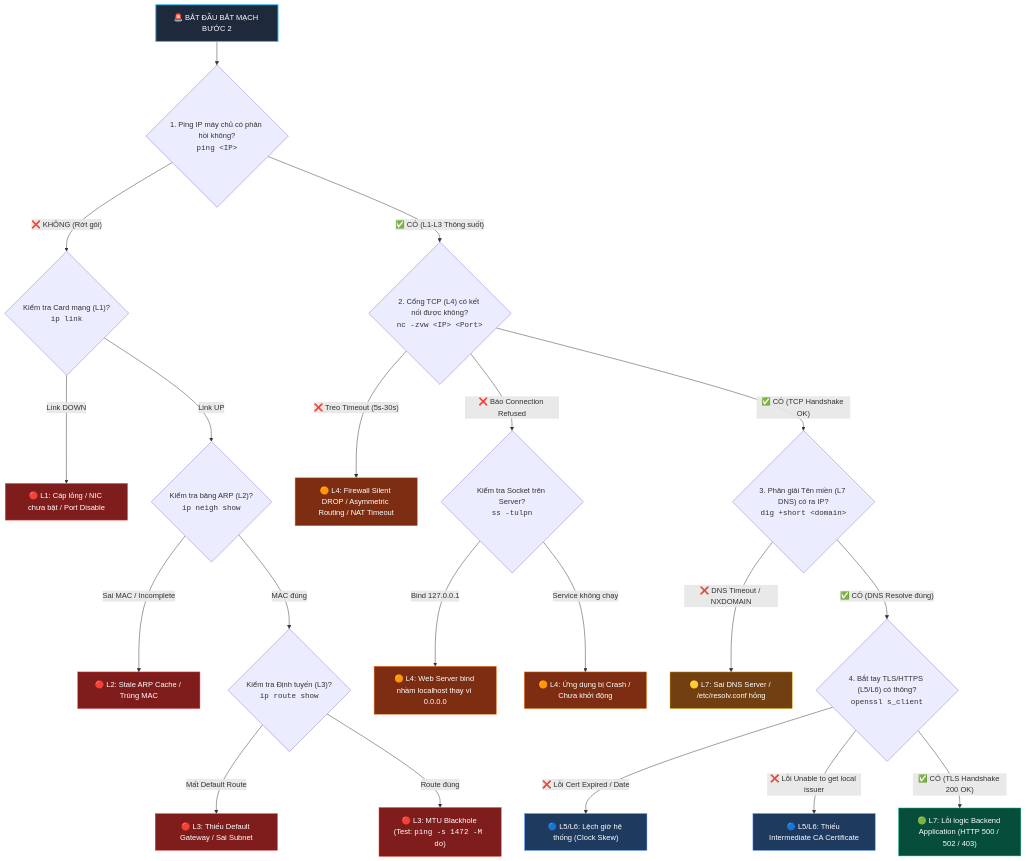
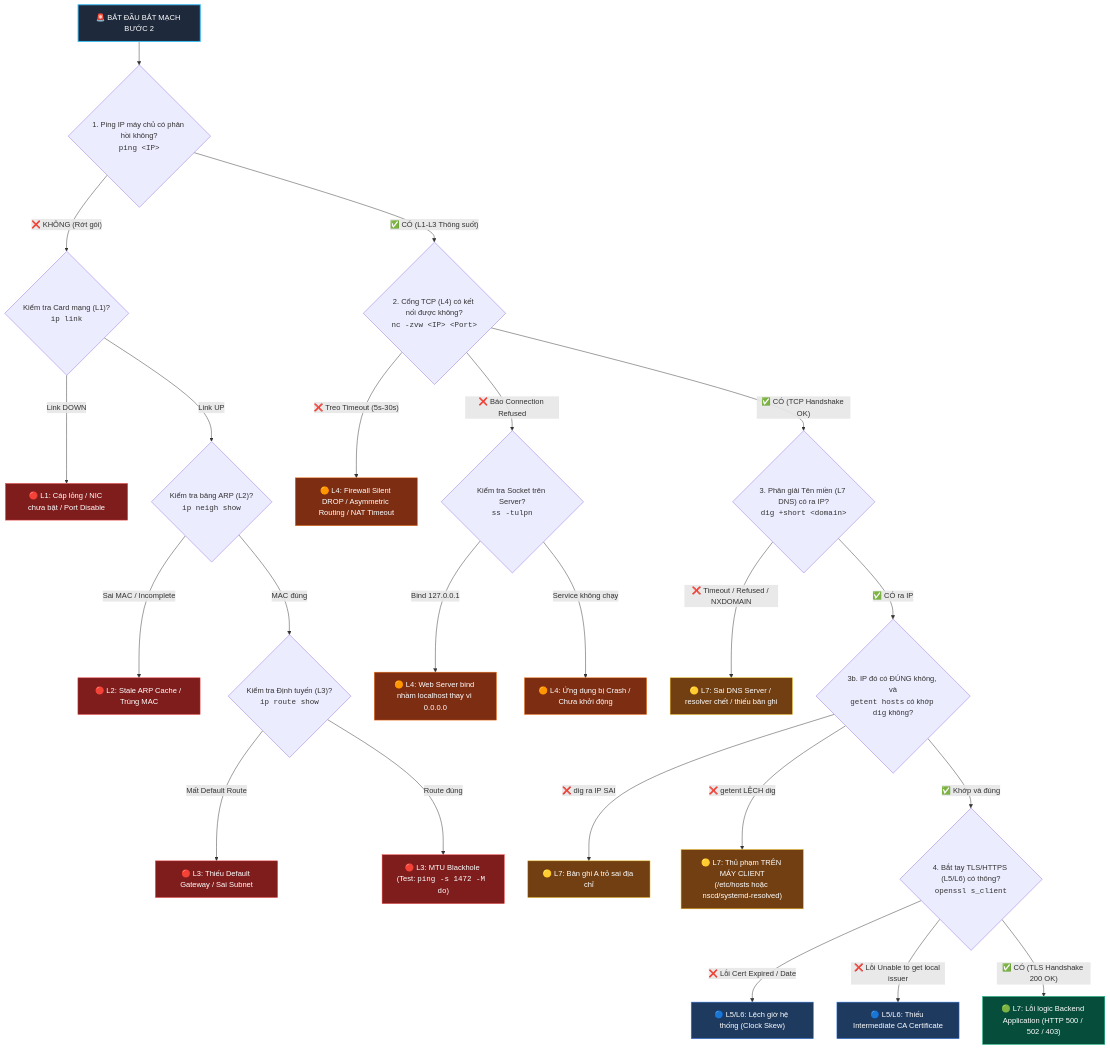
The second of 2 diagrams in network-bat-benh/quy-trinh-bat-benh.md (thangphan205/network-thuc-chien), drawn with Mermaid before and after one commit. The commit also changed other lines of this file and 31 other files, not shown here.

````diff
--- a/network-bat-benh/quy-trinh-bat-benh.md
+++ b/network-bat-benh/quy-trinh-bat-benh.md
@@ -62,46 +62,51 @@
 ```mermaid
 flowchart TD
     START["🚨 BẮT ĐẦU BẮT MẠCH BƯỚC 2"] --> Q1{"1. Ping IP máy chủ có phản hồi không?<br><code>ping &lt;IP&gt;</code>"}
 
     %% NHÁNH PING THẤT BẠI (LỖI NỬA DƯỚI: L1 - L3)
     Q1 -->|"❌ KHÔNG (Rớt gói)"| L1_CHECK{"Kiểm tra Card mạng (L1)?<br><code>ip link</code>"}
     L1_CHECK -->|"Link DOWN"| FIX_L1["🔴 L1: Cáp lỏng / NIC chưa bật / Port Disable"]
     L1_CHECK -->|"Link UP"| L2_CHECK{"Kiểm tra bảng ARP (L2)?<br><code>ip neigh show</code>"}
     
     L2_CHECK -->|"Sai MAC / Incomplete"| FIX_L2["🔴 L2: Stale ARP Cache / Trùng MAC"]
     L2_CHECK -->|"MAC đúng"| L3_CHECK{"Kiểm tra Định tuyến (L3)?<br><code>ip route show</code>"}
     
     L3_CHECK -->|"Mất Default Route"| FIX_L3_GW["🔴 L3: Thiếu Default Gateway / Sai Subnet"]
     L3_CHECK -->|"Route đúng"| FIX_L3_MTU["🔴 L3: MTU Blackhole (Test: <code>ping -s 1472 -M do</code>)"]
 
     %% NHÁNH PING THÀNH CÔNG (L1-L3 ĐÃ THÔNG, LỖI NỬA TRÊN: L4 - L7)
     Q1 -->|"✅ CÓ (L1-L3 Thông suốt)"| Q2{"2. Cổng TCP (L4) có kết nối được không?<br><code>nc -zvw &lt;IP&gt; &lt;Port&gt;</code>"}
     
     Q2 -->|"❌ Treo Timeout (5s-30s)"| FIX_L4_DROP["🟠 L4: Firewall Silent DROP / Asymmetric Routing / NAT Timeout"]
     Q2 -->|"❌ Báo Connection Refused"| Q2_BIND{"Kiểm tra Socket trên Server?<br><code>ss -tulpn</code>"}
     
     Q2_BIND -->|"Bind 127.0.0.1"| FIX_L4_BIND["🟠 L4: Web Server bind nhầm localhost thay vì 0.0.0.0"]
     Q2_BIND -->|"Service không chạy"| FIX_L4_DOWN["🟠 L4: Ứng dụng bị Crash / Chưa khởi động"]
     
     Q2 -->|"✅ CÓ (TCP Handshake OK)"| Q3{"3. Phân giải Tên miền (L7 DNS) có ra IP?<br><code>dig +short &lt;domain&gt;</code>"}
     
-    Q3 -->|"❌ DNS Timeout / NXDOMAIN"| FIX_L7_DNS["🟡 L7: Sai DNS Server / /etc/resolv.conf hỏng"]
-    Q3 -->|"✅ CÓ (DNS Resolve đúng)"| Q4{"4. Bắt tay TLS/HTTPS (L5/L6) có thông?<br><code>openssl s_client</code>"}
+    Q3 -->|"❌ Timeout / Refused / NXDOMAIN"| FIX_L7_DNS["🟡 L7: Sai DNS Server / resolver chết / thiếu bản ghi"]
+    Q3 -->|"✅ CÓ ra IP"| Q3B{"3b. IP đó có ĐÚNG không, và<br><code>getent hosts</code> có khớp <code>dig</code> không?"}
+    Q3B -->|"❌ dig ra IP SAI"| FIX_L7_STALE["🟡 L7: Bản ghi A trỏ sai địa chỉ"]
+    Q3B -->|"❌ getent LỆCH dig"| FIX_L7_CLIENT["🟡 L7: Thủ phạm TRÊN MÁY CLIENT<br>(/etc/hosts hoặc nscd/systemd-resolved)"]
+    Q3B -->|"✅ Khớp và đúng"| Q4{"4. Bắt tay TLS/HTTPS (L5/L6) có thông?<br><code>openssl s_client</code>"}
     
     Q4 -->|"❌ Lỗi Cert Expired / Date"| FIX_TLS_CLOCK["🔵 L5/L6: Lệch giờ hệ thống (Clock Skew)"]
     Q4 -->|"❌ Lỗi Unable to get local issuer"| FIX_TLS_CHAIN["🔵 L5/L6: Thiếu Intermediate CA Certificate"]
     Q4 -->|"✅ CÓ (TLS Handshake 200 OK)"| FIX_APP["🟢 L7: Lỗi logic Backend Application (HTTP 500 / 502 / 403)"]
 
     style START fill:#1e293b,stroke:#38bdf8,stroke-width:2px,color:#fff
     style FIX_L1 fill:#7f1d1d,stroke:#ef4444,color:#fff
     style FIX_L2 fill:#7f1d1d,stroke:#ef4444,color:#fff
     style FIX_L3_GW fill:#7f1d1d,stroke:#ef4444,color:#fff
     style FIX_L3_MTU fill:#7f1d1d,stroke:#ef4444,color:#fff
     style FIX_L4_DROP fill:#7c2d12,stroke:#f97316,color:#fff
     style FIX_L4_BIND fill:#7c2d12,stroke:#f97316,color:#fff
     style FIX_L4_DOWN fill:#7c2d12,stroke:#f97316,color:#fff
     style FIX_L7_DNS fill:#713f12,stroke:#eab308,color:#fff
+    style FIX_L7_STALE fill:#713f12,stroke:#eab308,color:#fff
+    style FIX_L7_CLIENT fill:#713f12,stroke:#eab308,color:#fff
     style FIX_TLS_CLOCK fill:#1e3a5f,stroke:#3b82f6,color:#fff
     style FIX_TLS_CHAIN fill:#1e3a5f,stroke:#3b82f6,color:#fff
     style FIX_APP fill:#064e3b,stroke:#10b981,color:#fff
 ```
````
